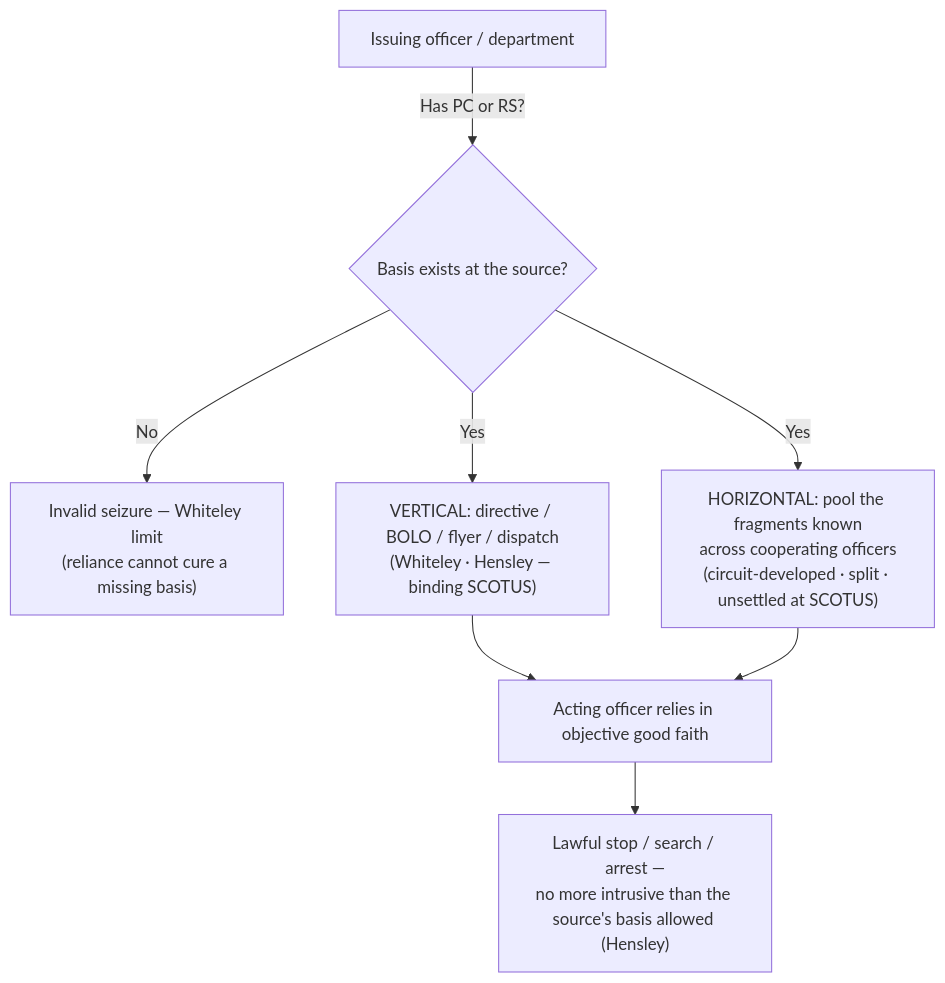
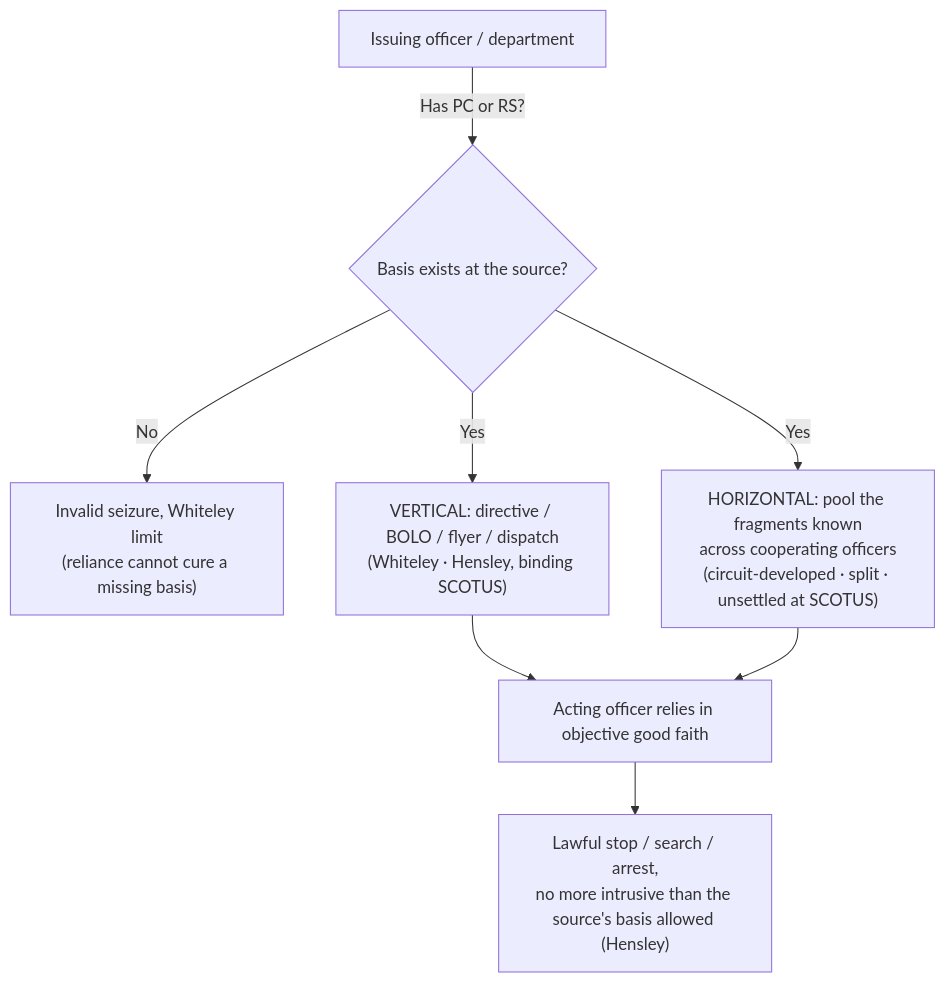
Before and after one commit to Enragedsaturday/enragedsaturday.github.io: the diagram in content/seizures/Collective Knowledge and the Fellow-Officer Rule.md, drawn with Mermaid. The commit also changed other lines of this file and 4 other files, not shown here.

````diff
--- a/content/seizures/Collective Knowledge and the Fellow-Officer Rule.md
+++ b/content/seizures/Collective Knowledge and the Fellow-Officer Rule.md
@@ -74,10 +87,10 @@
 ```mermaid
 flowchart TD
     A["Issuing officer / department"] -->|"Has PC or RS?"| B{"Basis exists at the source?"}
-    B -->|No| X["Invalid seizure — Whiteley limit<br/>(reliance cannot cure a missing basis)"]
-    B -->|Yes| C["VERTICAL: directive / BOLO / flyer / dispatch<br/>(Whiteley · Hensley — binding SCOTUS)"]
+    B -->|No| X["Invalid seizure, Whiteley limit<br/>(reliance cannot cure a missing basis)"]
+    B -->|Yes| C["VERTICAL: directive / BOLO / flyer / dispatch<br/>(Whiteley · Hensley, binding SCOTUS)"]
     B -->|Yes| D["HORIZONTAL: pool the fragments known<br/>across cooperating officers<br/>(circuit-developed · split · unsettled at SCOTUS)"]
     C --> E["Acting officer relies in objective good faith"]
     D --> E
-    E --> F["Lawful stop / search / arrest —<br/>no more intrusive than the source's basis allowed (Hensley)"]
+    E --> F["Lawful stop / search / arrest,<br/>no more intrusive than the source's basis allowed (Hensley)"]
 ```
````
